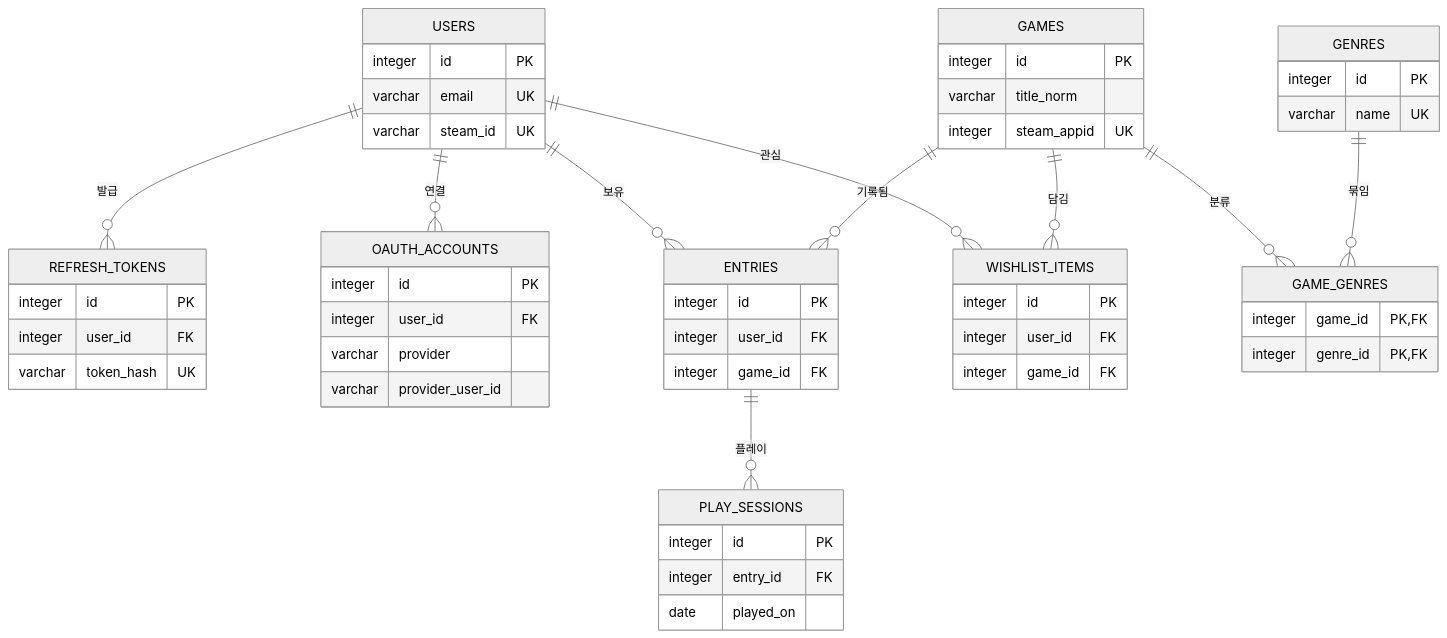
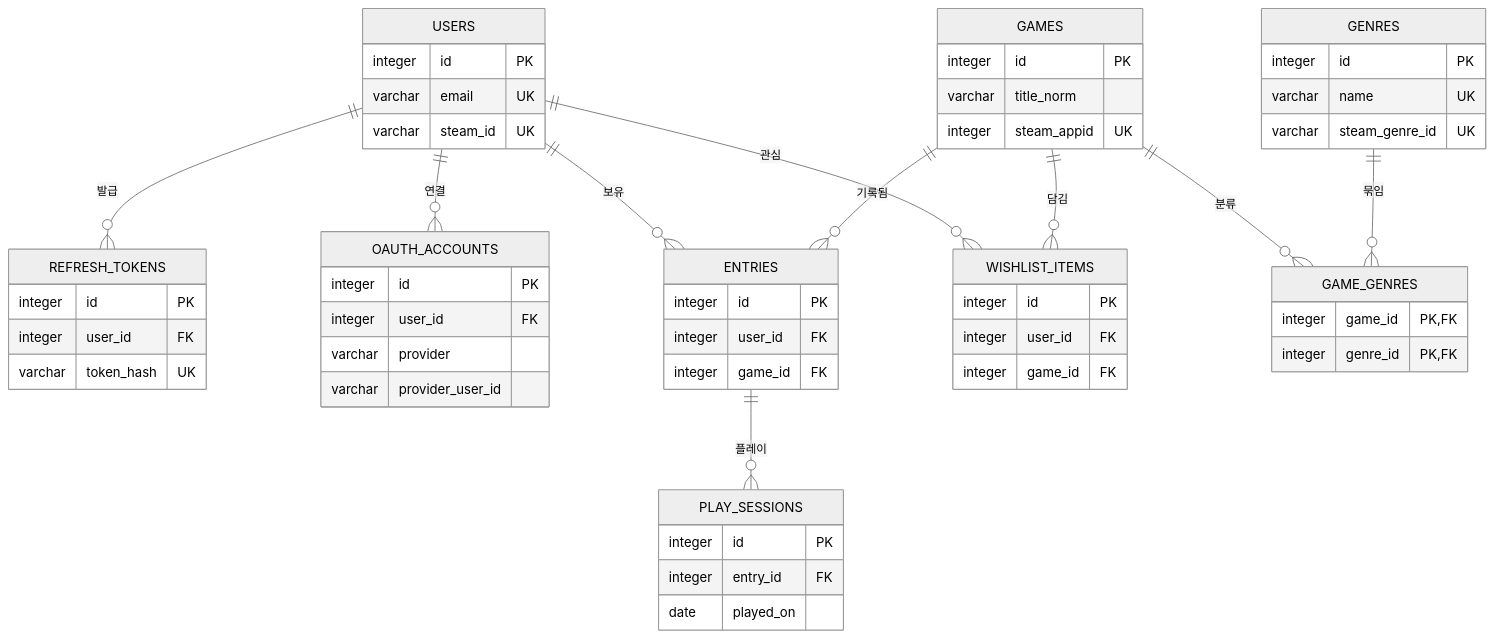
Before and after one commit to sagming40/PlayLedger: the diagram in docs/03_erd.md, drawn with Mermaid (neutral theme). The commit also changed other lines of this file and 2 other files, not shown here.

````diff
--- a/docs/03_erd.md
+++ b/docs/03_erd.md
@@ -10,57 +10,58 @@
 ```mermaid
 erDiagram
   USERS ||--o{ REFRESH_TOKENS : "발급"
   USERS ||--o{ OAUTH_ACCOUNTS : "연결"
   USERS ||--o{ ENTRIES : "보유"
   USERS ||--o{ WISHLIST_ITEMS : "관심"
   GAMES ||--o{ ENTRIES : "기록됨"
   GAMES ||--o{ WISHLIST_ITEMS : "담김"
   GAMES ||--o{ GAME_GENRES : "분류"
   GENRES ||--o{ GAME_GENRES : "묶임"
   ENTRIES ||--o{ PLAY_SESSIONS : "플레이"
 
   USERS {
     integer id PK
     varchar email UK
     varchar steam_id UK
   }
   REFRESH_TOKENS {
     integer id PK
     integer user_id FK
     varchar token_hash UK
   }
   OAUTH_ACCOUNTS {
     integer id PK
     integer user_id FK
     varchar provider
     varchar provider_user_id
   }
   GAMES {
     integer id PK
     varchar title_norm
     integer steam_appid UK
   }
   GENRES {
     integer id PK
     varchar name UK
+    varchar steam_genre_id UK
   }
   GAME_GENRES {
     integer game_id PK, FK
     integer genre_id PK, FK
   }
   ENTRIES {
     integer id PK
     integer user_id FK
     integer game_id FK
   }
   WISHLIST_ITEMS {
     integer id PK
     integer user_id FK
     integer game_id FK
   }
   PLAY_SESSIONS {
     integer id PK
     integer entry_id FK
     date played_on
   }
 ```
````
